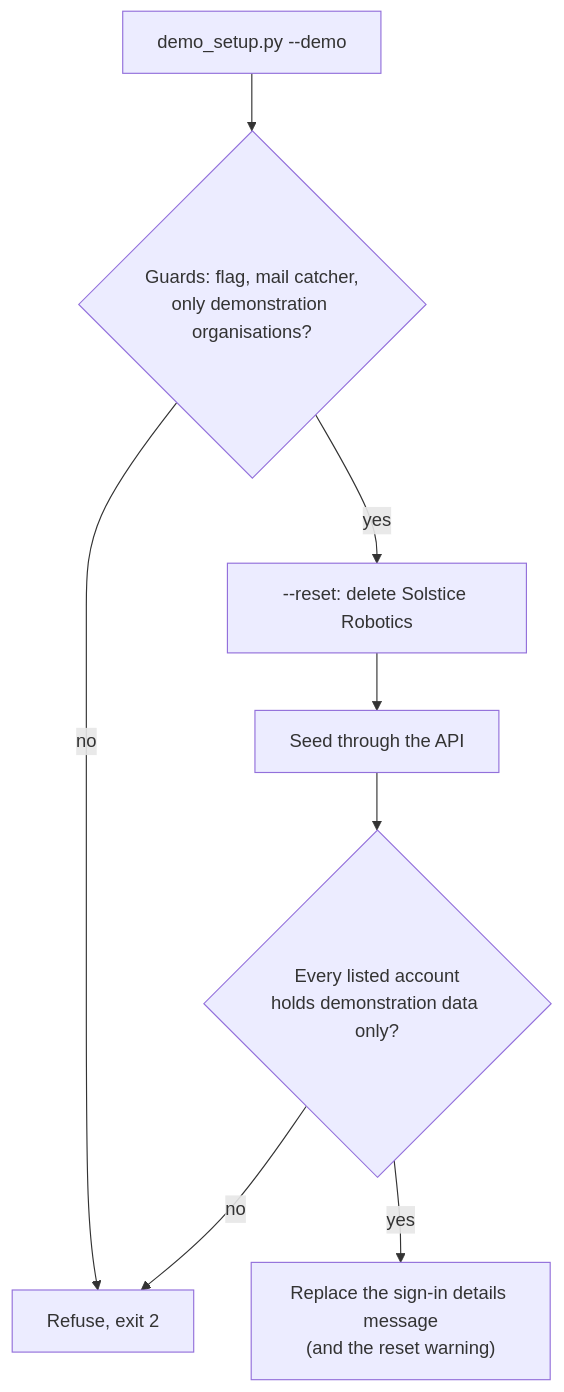
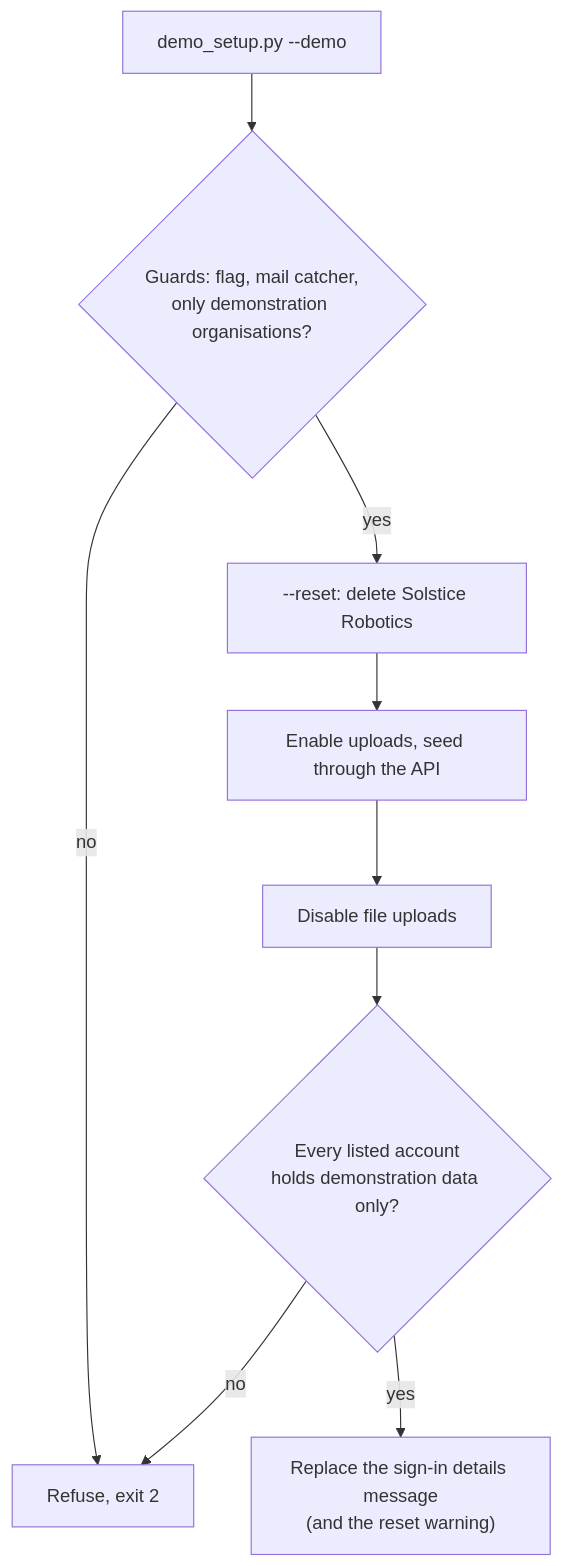
One commit to ballardr/reqtrackmanager changed the first of 2 diagrams in docs/demo.md. Above: the diagram before and after it, drawn with Mermaid. The commit also changed other lines of this file and 48 other files, not shown here.

````diff
--- a/docs/demo.md
+++ b/docs/demo.md
@@ -69,10 +70,11 @@
 ```mermaid
 flowchart TD
     A["demo_setup.py --demo"] --> B{"Guards: flag, mail catcher,<br/>only demonstration organisations?"}
     B -- no --> X["Refuse, exit 2"]
     B -- yes --> C["--reset: delete Solstice Robotics"]
-    C --> D["Seed through the API"]
-    D --> E{"Every listed account<br/>holds demonstration data only?"}
+    C --> D["Enable uploads, seed through the API"]
+    D --> U["Disable file uploads"]
+    U --> E{"Every listed account<br/>holds demonstration data only?"}
     E -- no --> X
     E -- yes --> F["Replace the sign-in details message<br/>(and the reset warning)"]
 ```
````
